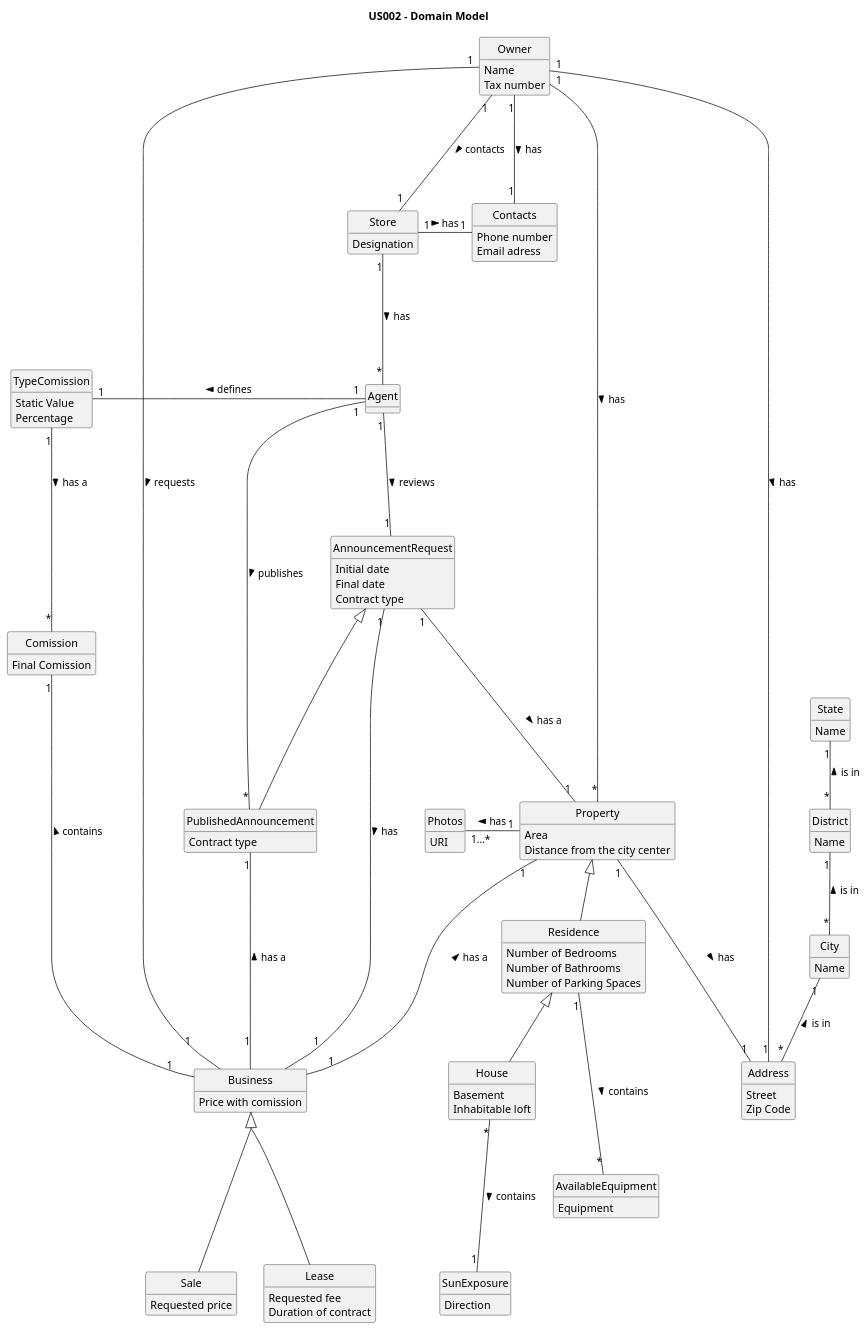
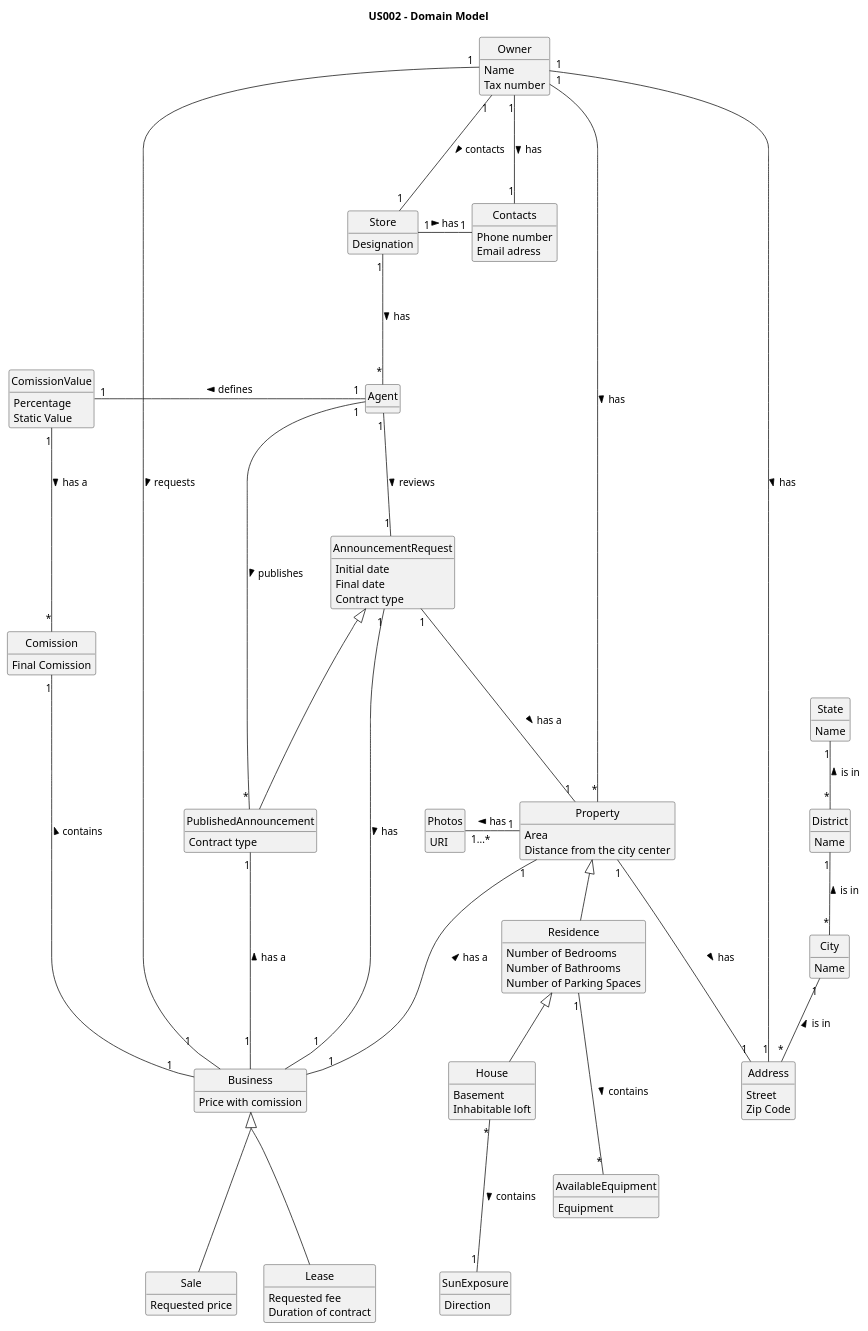
Before and after one commit to PureNimble/ISEP-LAPR2: the diagram in docs/sprintB/US02/02.analysis/puml/us02-domain-model.puml, drawn with PlantUML. The commit also changed 1 other file, not shown here.

Commit message:
domain module correction and class diagram

```diff
--- a/docs/sprintB/US02/02.analysis/puml/us02-domain-model.puml
+++ b/docs/sprintB/US02/02.analysis/puml/us02-domain-model.puml
@@ -1,143 +1,143 @@
 @startuml
 
 skinparam groupInheritance 2
 skinparam monochrome true
 skinparam packageStyle rectangle
 skinparam shadowing false
 'skinparam linetype ortho
 'left to right direction
 skinparam classAttributeIconSize 0
 hide circle
 hide methods
 
 title US002 - Domain Model
 
 class Address{
 Street
 Zip Code
 }
 
 class City{
 Name
 }
 
 class District{
 Name
 }
 
 class State{
 Name
 }
 
 
 State "1"-- "*" District: is in <
 District "1"-- "*" City: is in <
 City "1"-- "*" Address: is in <
 
 
 class Contacts {
 Phone number
 Email adress
 }
 
 class Business {
 Price with comission
 }
 
 class Store {
 Designation
 }
 
 class Owner {
 Name
 Tax number
 }
 
 Owner "1" -down-- "1" Contacts: has >
 Store "1" -right-- "1" Contacts: has >
 Address "1" -left-- "1" Owner: has <
 Owner "1" -down-- "1" Store: contacts >
 Agent "*" -up-- "1" Store: has <
 
 
 class Residence {
 Number of Bedrooms
 Number of Bathrooms
 Number of Parking Spaces
  }
 
 class Property {
 Area
 Distance from the city center
 }
 
 class Photos{
 URI
 }
 
 class House {
 Basement
 Inhabitable loft
 }
 
 class SunExposure {
 Direction
 }
 
 class AvailableEquipment {
 Equipment
 }
 
 Residence <|-down- House
 Property <|-down- Residence
 Property "1" -left-- "1...*" Photos: has >
 SunExposure "1" -up-- "*" House: contains <
 Address "1" -up-- "1" Property: has <
 Owner "1" -down-- "*" Property: has >
 AvailableEquipment "*" -up-- "1" Residence: contains <
 
 
 
 class Comission{
 Final Comission
 }
 
-class TypeComission {
+class ComissionValue {
+Percentage
 Static Value
-Percentage
 }
 
 class Sale{
 Requested price
 }
 
 class Lease {
 Requested fee
 Duration of contract
 }
 
 class AnnouncementRequest{
 Initial date
 Final date
 Contract type
 }
 
 class PublishedAnnouncement {
 Contract type
 }
 
-TypeComission "1" -right-- "1" Agent: defines <
+ComissionValue "1" -right-- "1" Agent: defines <
 Comission "1" --- "1" Business: contains <
-TypeComission "1" --- "*" Comission : has a >
+ComissionValue "1" --- "*" Comission : has a >
 Owner "1" --- "1" Business: requests >
 Property "1" --- "1" Business: has a <
 AnnouncementRequest "1" --- "1" Business: has >
 Agent "1" --- "1" AnnouncementRequest : reviews >
 AnnouncementRequest "1" --- "1" Property: has a >
 AnnouncementRequest  <|---  PublishedAnnouncement
 PublishedAnnouncement "*" --- "1" Agent: publishes <
 PublishedAnnouncement "1" --- "1" Business: has a <
 Business <|--- Lease
 Business <|--- Sale
 
 @enduml
```
